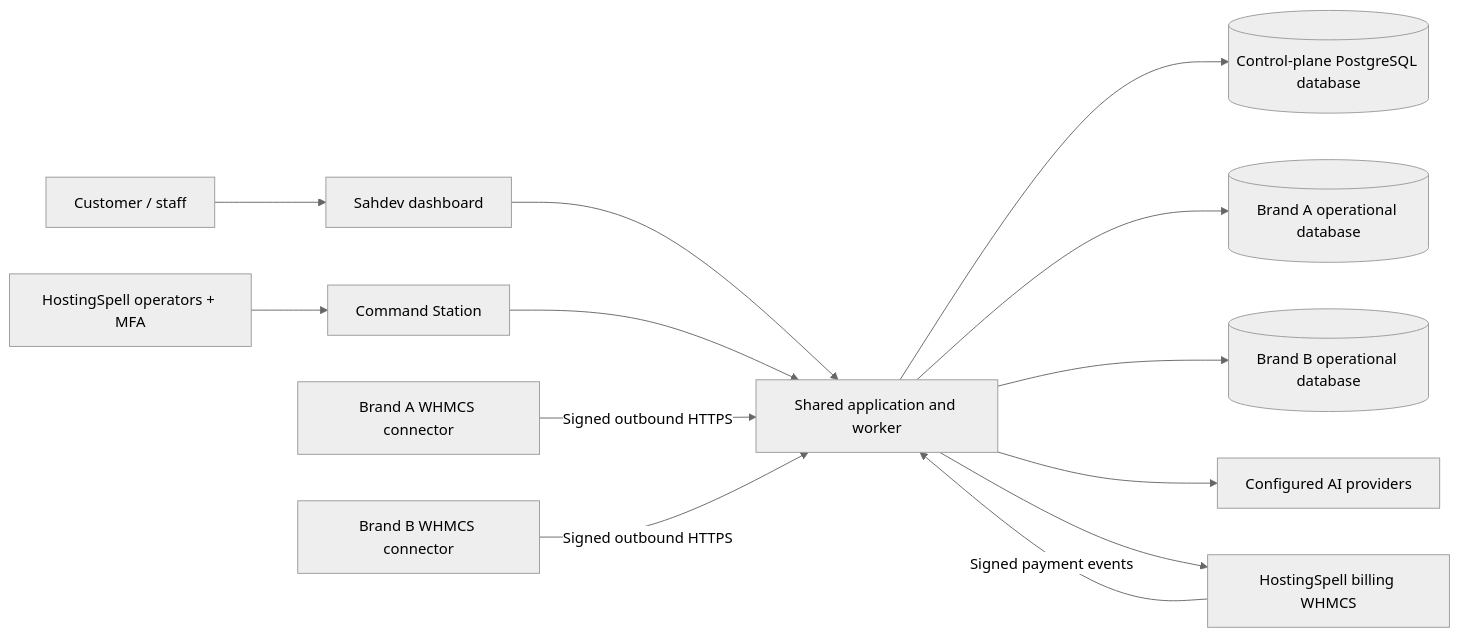
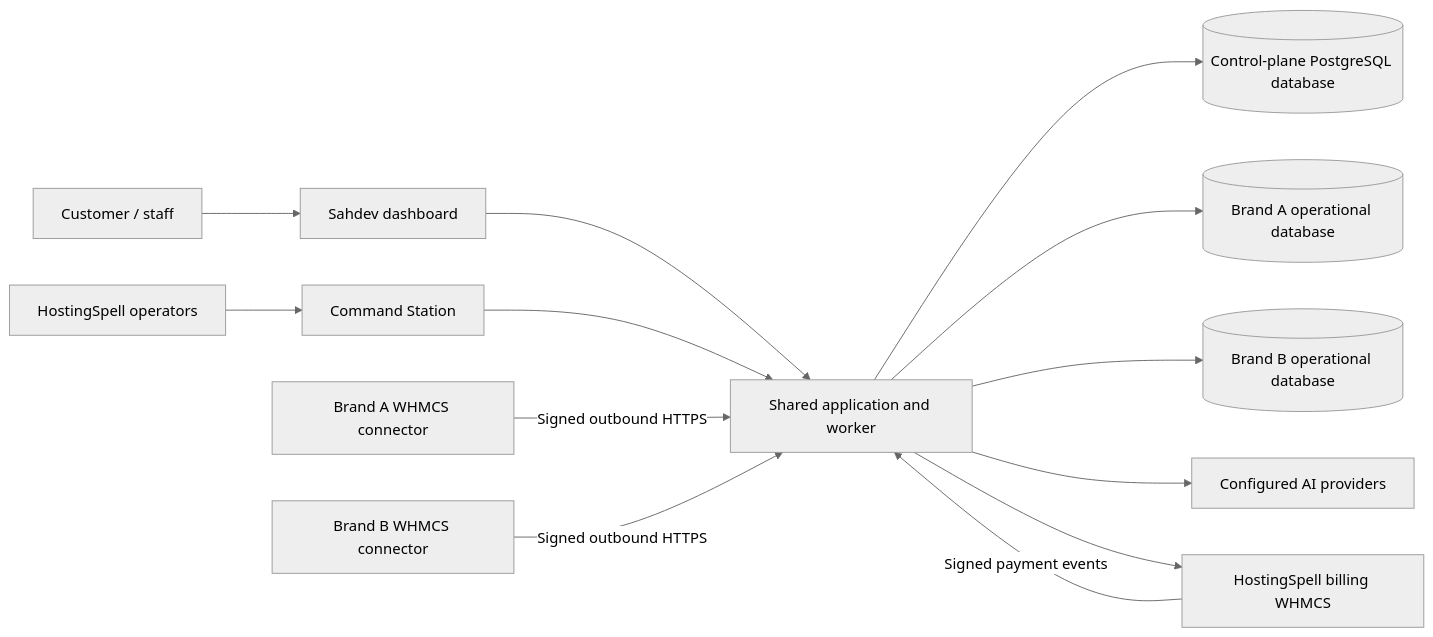
Before and after one commit to thekugelblitz/sahdev: the diagram in saas/README.md, drawn with Mermaid (neutral theme). The commit also changed other lines of this file and 9 other files, not shown here.

Commit message:
Make operator MFA configurable in Command Station

````diff
--- a/saas/README.md
+++ b/saas/README.md
@@ -21,15 +21,15 @@
 ```mermaid
 flowchart LR
   U[Customer / staff] --> W[Sahdev dashboard]
-  O[HostingSpell operators + MFA] --> C[Command Station]
+  O[HostingSpell operators] --> C[Command Station]
   W --> P[Shared application and worker]
   C --> P
   P --> M[(Control-plane PostgreSQL database)]
   P --> A[(Brand A operational database)]
   P --> B[(Brand B operational database)]
   X[Brand A WHMCS connector] -->|Signed outbound HTTPS| P
   Y[Brand B WHMCS connector] -->|Signed outbound HTTPS| P
   P --> AI[Configured AI providers]
   P --> H[HostingSpell billing WHMCS]
   H -->|Signed payment events| P
 ```
````
